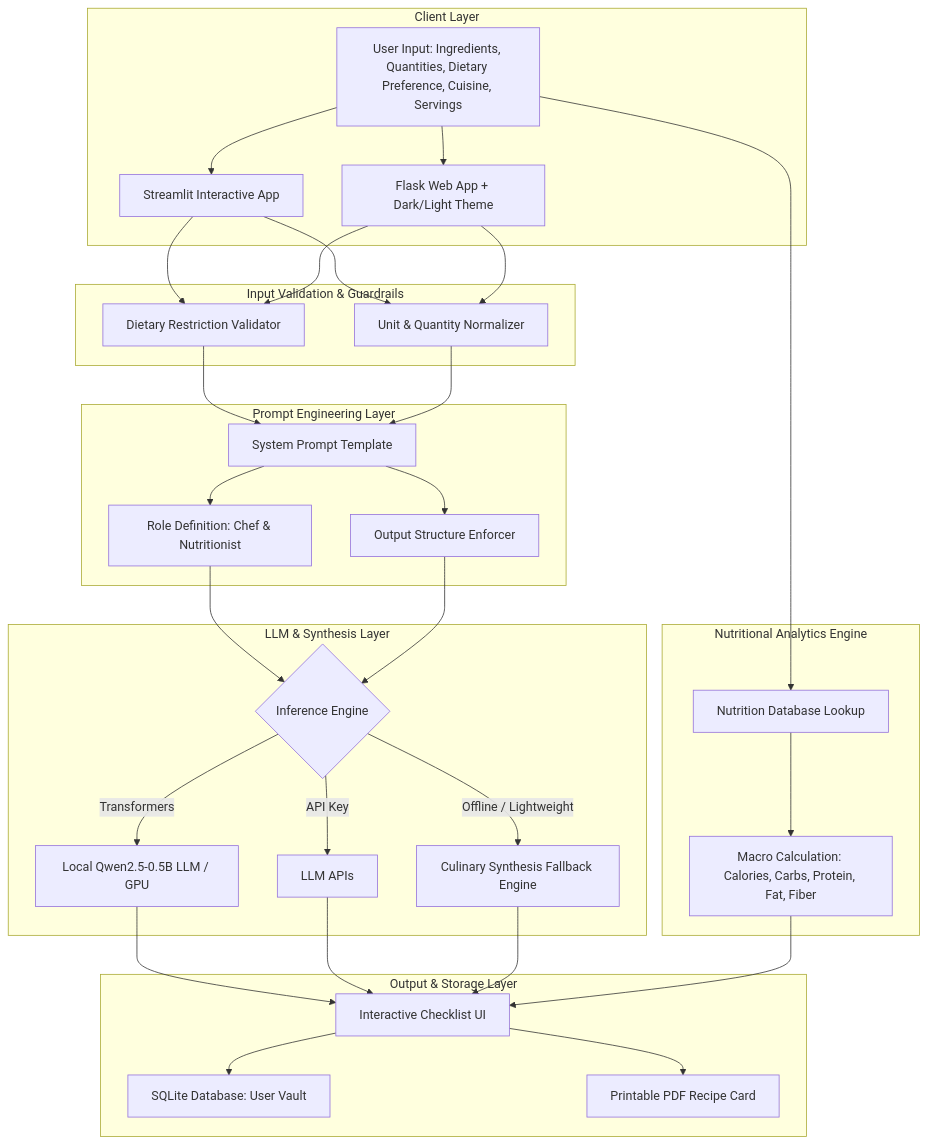
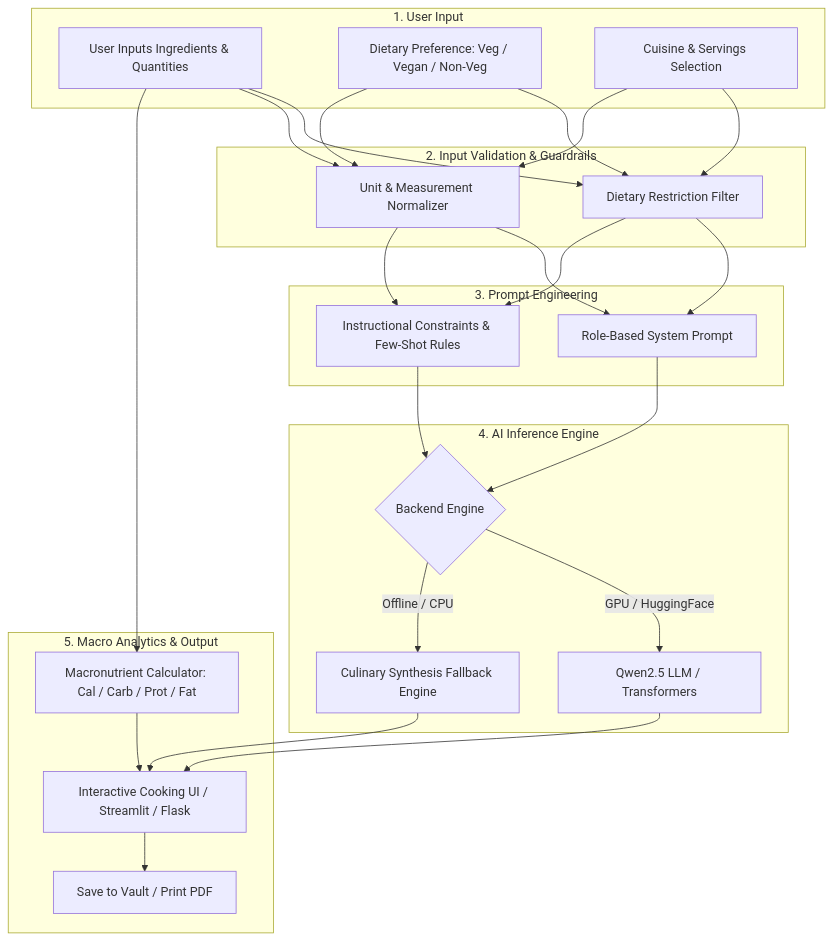
The diagram in README.md (vidhyawalke/PantryChefAI), drawn with Mermaid before and after one commit. The commit also changed other lines of this file, not shown here.

````diff
--- a/README.md
+++ b/README.md
@@ -47,49 +47,39 @@
 ```mermaid
 flowchart TD
-    subgraph Client Layer
-        A[User Input: Ingredients, Quantities, Dietary Preference, Cuisine, Servings]
-        UI1[Streamlit Interactive App]
-        UI2[Flask Web App + Dark/Light Theme]
+    subgraph 1. User Input
+        A[User Inputs Ingredients & Quantities]
+        B[Dietary Preference: Veg / Vegan / Non-Veg]
+        C[Cuisine & Servings Selection]
     end
 
-    subgraph Input Validation & Guardrails
-        B[Dietary Restriction Validator]
-        C[Unit & Quantity Normalizer]
+    subgraph 2. Input Validation & Guardrails
+        D[Dietary Restriction Filter]
+        E[Unit & Measurement Normalizer]
     end
 
-    subgraph Prompt Engineering Layer
-        D[System Prompt Template]
-        E[Role Definition: Chef & Nutritionist]
-        F[Output Structure Enforcer]
+    subgraph 3. Prompt Engineering
+        F[Role-Based System Prompt]
+        G[Instructional Constraints & Few-Shot Rules]
     end
 
-    subgraph LLM & Synthesis Layer
-        G{Inference Engine}
-        H[Local Qwen2.5-0.5B LLM / GPU]
-        I[LLM APIs]
+    subgraph 4. AI Inference Engine
+        H{Backend Engine}
+        I[Qwen2.5 LLM / Transformers]
         J[Culinary Synthesis Fallback Engine]
     end
 
-    subgraph Nutritional Analytics Engine
-        K[Nutrition Database Lookup]
-        L[Macro Calculation: Calories, Carbs, Protein, Fat, Fiber]
+    subgraph 5. Macro Analytics & Output
+        K[Macronutrient Calculator: Cal / Carb / Prot / Fat]
+        L[Interactive Cooking UI / Streamlit / Flask]
+        M[Save to Vault / Print PDF]
     end
 
-    subgraph Output & Storage Layer
-        M[Interactive Checklist UI]
-        N[SQLite Database: User Vault]
-        O[Printable PDF Recipe Card]
-    end
-
-    A --> UI1 & UI2
-    UI1 & UI2 --> B & C
-    B & C --> D
-    D --> E & F
-    E & F --> G
-    G -->|Transformers| H
-    G -->|API Key| I
-    G -->|Offline / Lightweight| J
-    H & I & J --> M
-    A --> K --> L --> M
-    M --> N & O
+    A & B & C --> D & E
+    D & E --> F & G
+    F & G --> H
+    H -->|GPU / HuggingFace| I
+    H -->|Offline / CPU| J
+    I & J --> L
+    A --> K --> L
+    L --> M
 ```
````
